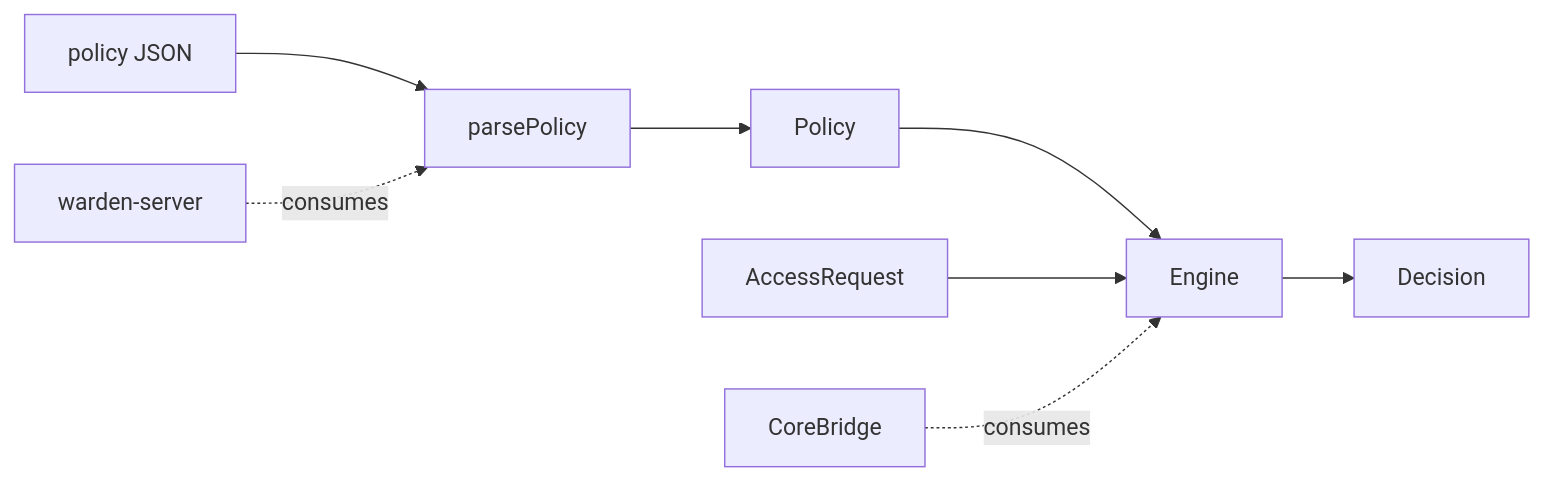
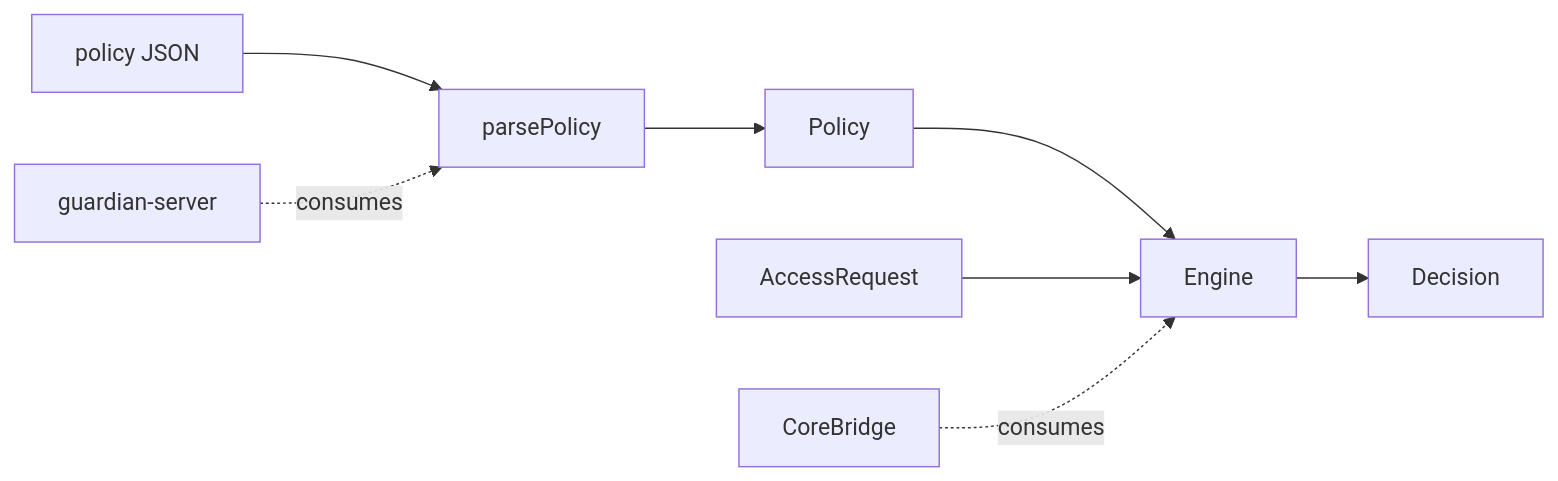
Before and after one commit to EugeneHil/guardian-core: the diagram in README.md, drawn with Mermaid. The commit also changed other lines of this file and 17 other files, not shown here.

First line of the commit message:
chore: rename Warden to Guardian in docs and tooling (#8)

````diff
--- a/README.md
+++ b/README.md
@@ -48,10 +48,10 @@
 ```mermaid
 flowchart LR
     json["policy JSON"] --> parse["parsePolicy"]
     parse --> policy["Policy"]
     policy --> engine["Engine"]
     request["AccessRequest"] --> engine
     engine --> decision["Decision"]
-    server["warden-server"] -.consumes.-> parse
+    server["guardian-server"] -.consumes.-> parse
     bridge["CoreBridge"] -.consumes.-> engine
 ```
````
